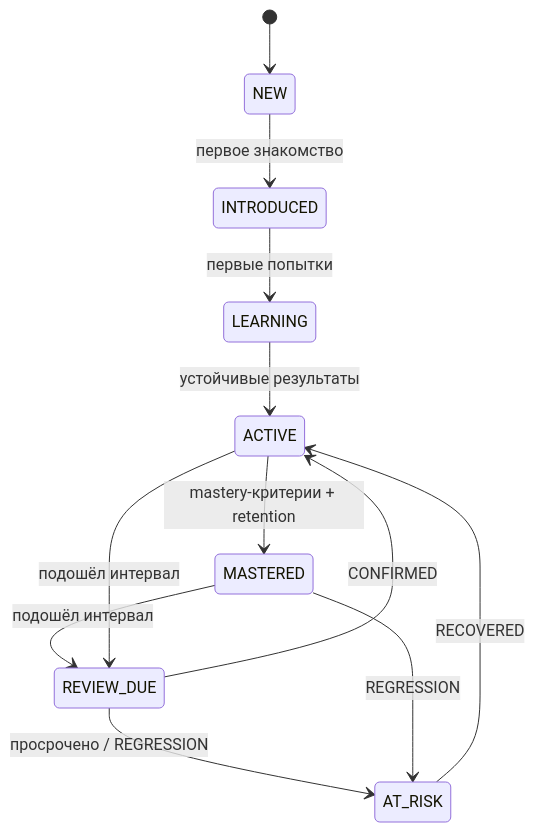
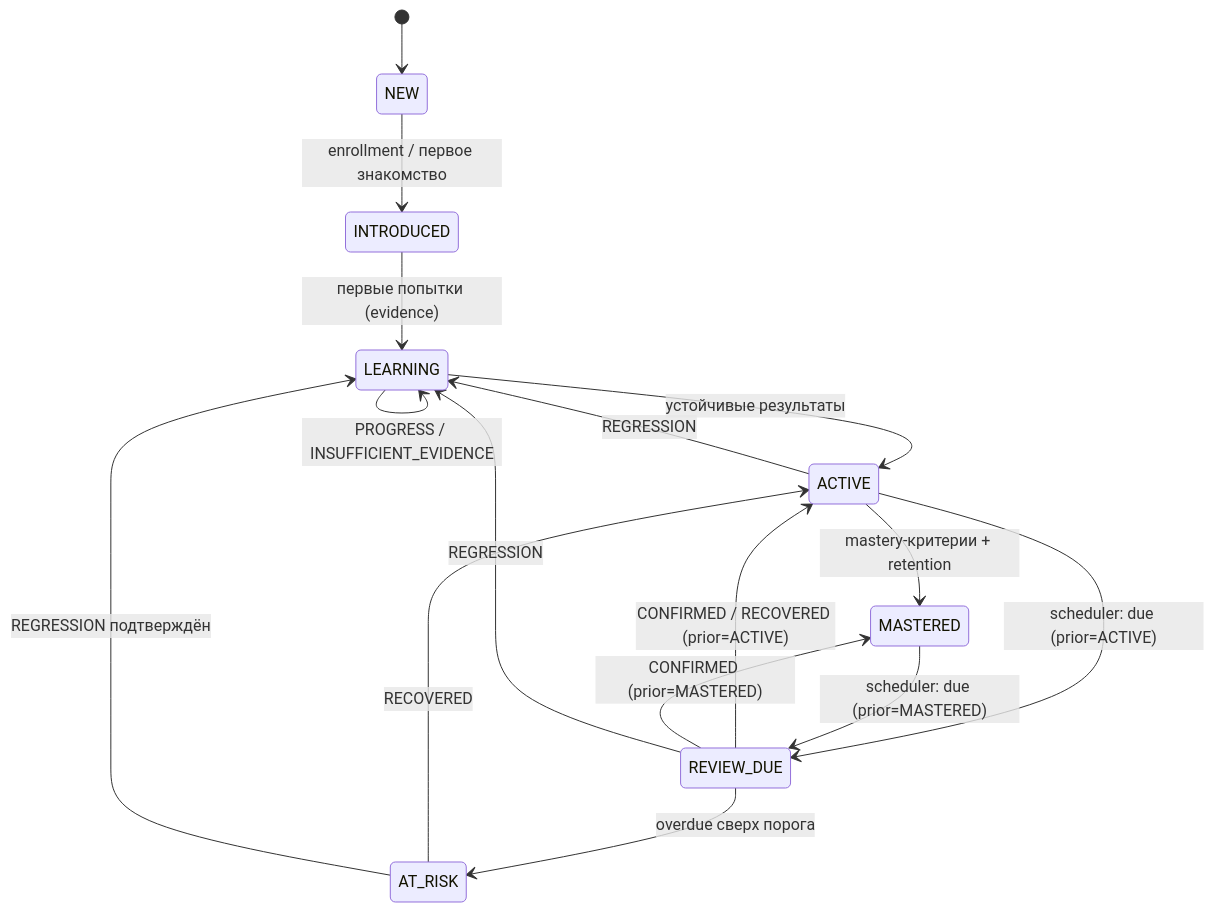
The diagram in wiki/product/learning-model.md (alexmaralless-bit/english-memory-trainer), drawn with Mermaid before and after one commit. The commit also changed other lines of this file and 10 other files, not shown here.

````diff
--- a/wiki/product/learning-model.md
+++ b/wiki/product/learning-model.md
@@ -56,14 +64,18 @@
 ```mermaid
 stateDiagram-v2
     [*] --> NEW
-    NEW --> INTRODUCED: первое знакомство
-    INTRODUCED --> LEARNING: первые попытки
+    NEW --> INTRODUCED: enrollment / первое знакомство
+    INTRODUCED --> LEARNING: первые попытки (evidence)
     LEARNING --> ACTIVE: устойчивые результаты
     ACTIVE --> MASTERED: mastery-критерии + retention
-    MASTERED --> REVIEW_DUE: подошёл интервал
-    ACTIVE --> REVIEW_DUE: подошёл интервал
-    REVIEW_DUE --> AT_RISK: просрочено / REGRESSION
+    ACTIVE --> REVIEW_DUE: scheduler: due (prior=ACTIVE)
+    MASTERED --> REVIEW_DUE: scheduler: due (prior=MASTERED)
+    REVIEW_DUE --> ACTIVE: CONFIRMED / RECOVERED (prior=ACTIVE)
+    REVIEW_DUE --> MASTERED: CONFIRMED (prior=MASTERED)
+    REVIEW_DUE --> LEARNING: REGRESSION
+    REVIEW_DUE --> AT_RISK: overdue сверх порога
     AT_RISK --> ACTIVE: RECOVERED
-    REVIEW_DUE --> ACTIVE: CONFIRMED
-    MASTERED --> AT_RISK: REGRESSION
+    AT_RISK --> LEARNING: REGRESSION подтверждён
+    LEARNING --> LEARNING: PROGRESS / INSUFFICIENT_EVIDENCE
+    ACTIVE --> LEARNING: REGRESSION
 ```
````
